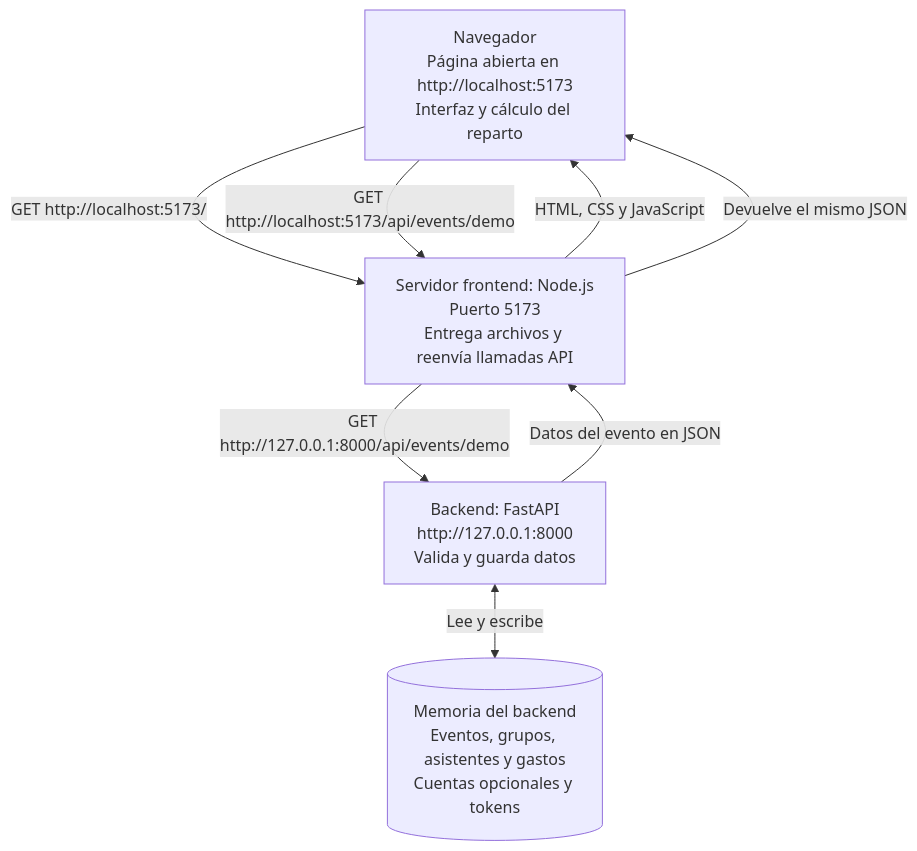
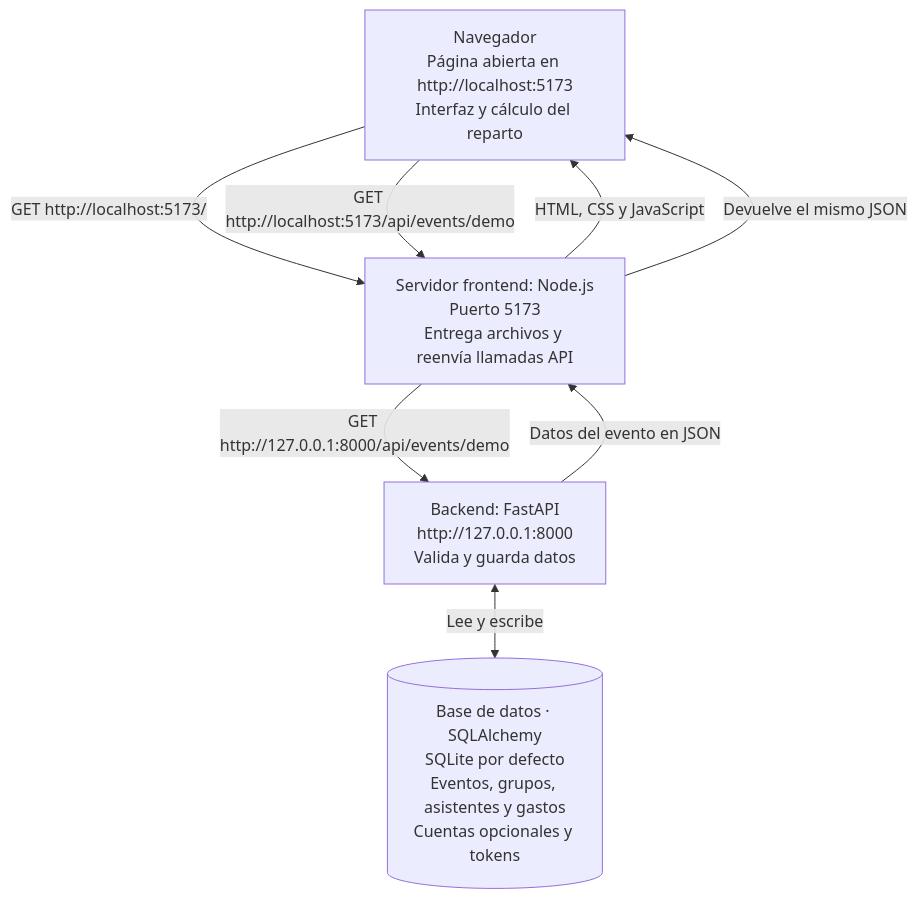
One commit to Maxkaizo/dtc_aidev changed the first of 2 diagrams in week2/docs/arquitectura.md. Above: the diagram before and after it, drawn with Mermaid. The commit also changed other lines of this file and 19 other files, not shown here.

````diff
--- a/week2/docs/arquitectura.md
+++ b/week2/docs/arquitectura.md
@@ -19,15 +19,15 @@
 ```mermaid
 flowchart TD
     N["Navegador<br/>Página abierta en http://localhost:5173<br/>Interfaz y cálculo del reparto"]
     F["Servidor frontend: Node.js<br/>Puerto 5173<br/>Entrega archivos y reenvía llamadas API"]
     B["Backend: FastAPI<br/>http://127.0.0.1:8000<br/>Valida y guarda datos"]
-    M[("Memoria del backend<br/>Eventos, grupos, asistentes y gastos<br/>Cuentas opcionales y tokens")]
+    M[("Base de datos · SQLAlchemy<br/>SQLite por defecto<br/>Eventos, grupos, asistentes y gastos<br/>Cuentas opcionales y tokens")]
 
     N -->|"GET http://localhost:5173/"| F
     F -->|"HTML, CSS y JavaScript"| N
     N -->|"GET http://localhost:5173/api/events/demo"| F
     F -->|"GET http://127.0.0.1:8000/api/events/demo"| B
     B <-->|"Lee y escribe"| M
     B -->|"Datos del evento en JSON"| F
     F -->|"Devuelve el mismo JSON"| N
 ```
````
